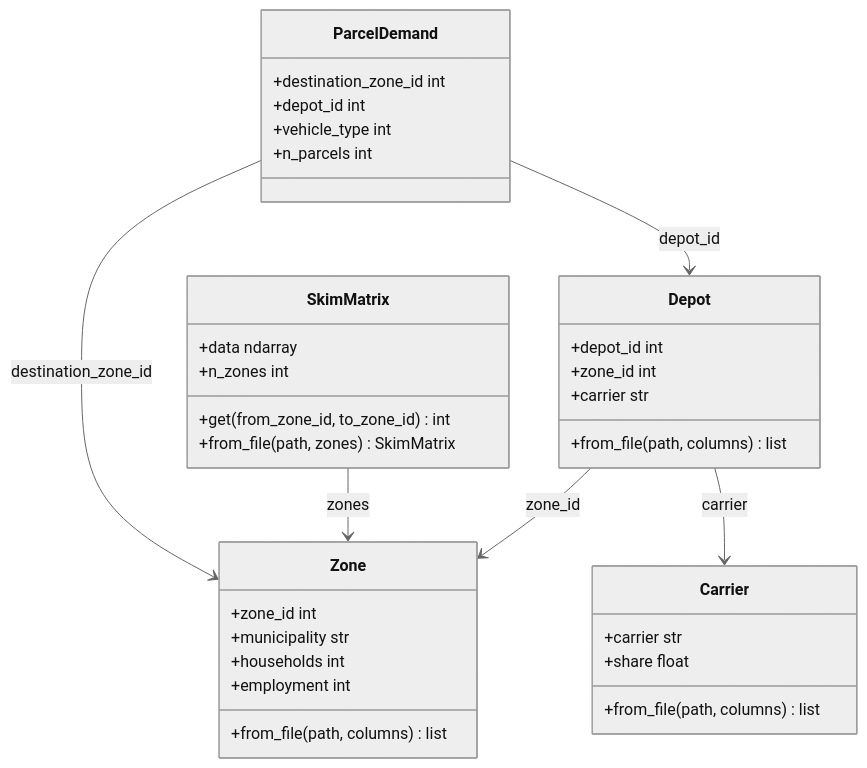
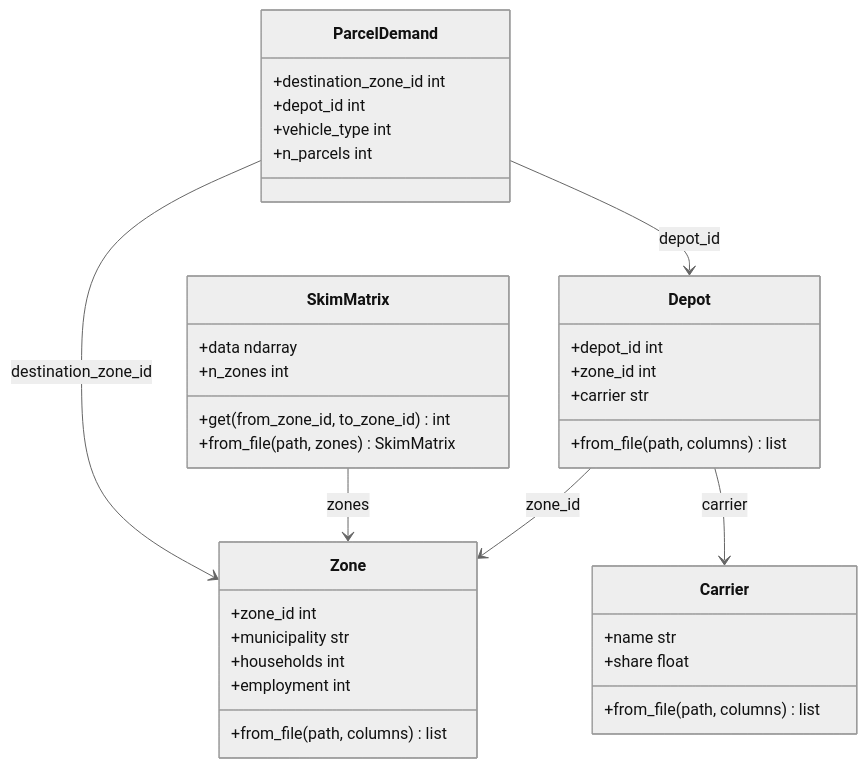
The diagram in README.md (hcubasd/urban-dollop), drawn with Mermaid (neutral theme) before and after one commit. The commit also changed 2 other files, not shown here.

Commit message:
Rename Carrier.carrier to Carrier.name

````diff
--- a/README.md
+++ b/README.md
@@ -18,43 +18,43 @@
 ```mermaid
 classDiagram
     class Zone {
         +zone_id int
         +municipality str
         +households int
         +employment int
         +from_file(path, columns) list
     }
 
     class Carrier {
-        +carrier str
+        +name str
         +share float
         +from_file(path, columns) list
     }
 
     class Depot {
         +depot_id int
         +zone_id int
         +carrier str
         +from_file(path, columns) list
     }
 
     class ParcelDemand {
         +destination_zone_id int
         +depot_id int
         +vehicle_type int
         +n_parcels int
     }
 
     class SkimMatrix {
         +data ndarray
         +n_zones int
         +get(from_zone_id, to_zone_id) int
         +from_file(path, zones) SkimMatrix
     }
 
     Depot --> Zone : zone_id
     Depot --> Carrier : carrier
     ParcelDemand --> Zone : destination_zone_id
     ParcelDemand --> Depot : depot_id
     SkimMatrix --> Zone : zones
 ```
````
